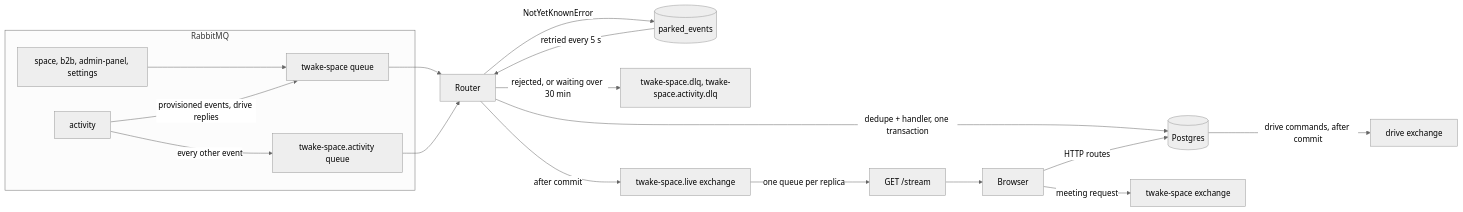
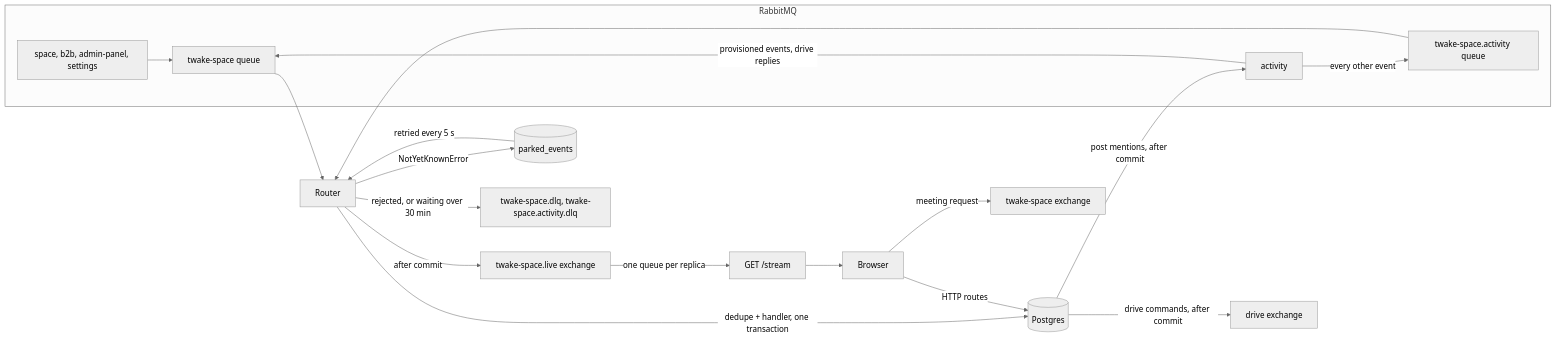
The first of 5 diagrams in docs/events.md (linagora/twake-space), drawn with Mermaid (neutral theme) before and after one commit. The commit also changed other lines of this file and 5 other files, not shown here.

````diff
--- a/docs/events.md
+++ b/docs/events.md
@@ -16,24 +16,25 @@
 ```mermaid
 flowchart LR
   subgraph RabbitMQ
     P["space, b2b, admin-panel, settings"]
     A[activity]
     Q[twake-space queue]
     AQ[twake-space.activity queue]
   end
   P --> Q
   A -->|provisioned events, drive replies| Q
   A -->|every other event| AQ
   Q --> R[Router]
   AQ --> R
   R -->|dedupe + handler, one transaction| PG[(Postgres)]
   R -->|NotYetKnownError| PE[(parked_events)]
   PE -->|retried every 5 s| R
   R -->|rejected, or waiting over 30 min| DLQ["twake-space.dlq, twake-space.activity.dlq"]
   R -->|after commit| L[twake-space.live exchange]
   L -->|one queue per replica| SSE[GET /stream]
   SSE --> B[Browser]
   B -->|HTTP routes| PG
   B -->|meeting request| M[twake-space exchange]
   PG -->|drive commands, after commit| D[drive exchange]
+  PG -->|post mentions, after commit| A
 ```
````
